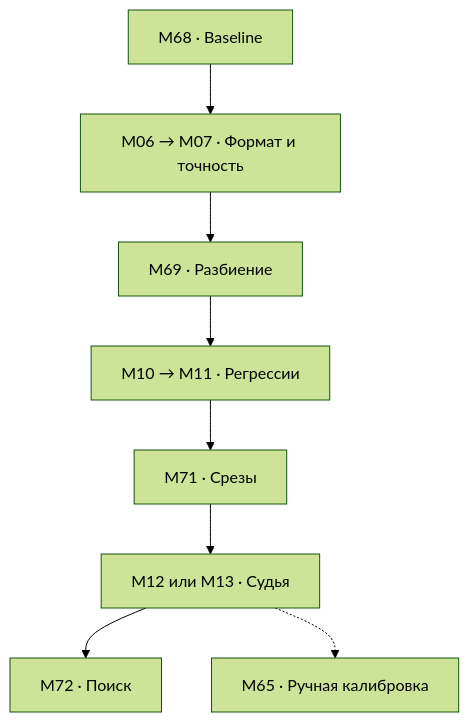
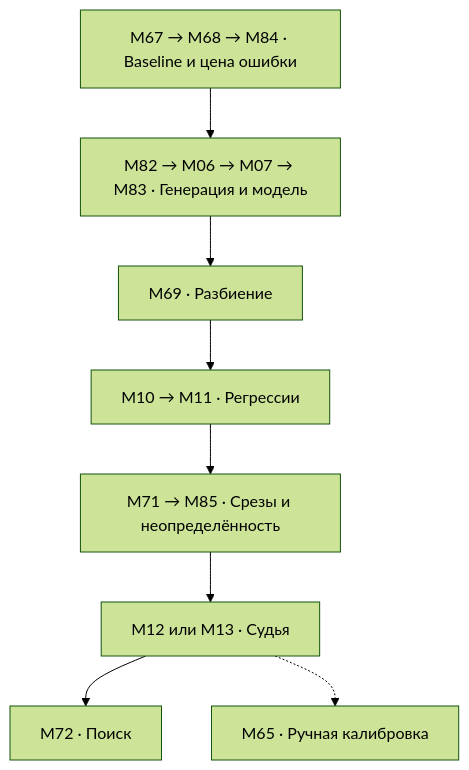
Before and after one commit to 620474/applied-ai-reading: the diagram in foundation.md, drawn with Mermaid (forest theme). The commit also changed other lines of this file and 6 other files, not shown here.

Commit message:
Expand Applied AI roadmap: fundamentals, eval statistics, context and production

````diff
--- a/foundation.md
+++ b/foundation.md
@@ -5,8 +5,8 @@
 ```mermaid
 flowchart TD
-A["M68 · Baseline"] --> B["M06 → M07 · Формат и точность"]
+A["M67 → M68 → M84 · Baseline и цена ошибки"] --> B["M82 → M06 → M07 → M83 · Генерация и модель"]
 B --> C["M69 · Разбиение"] --> D["M10 → M11 · Регрессии"]
-D --> E["M71 · Срезы"] --> F["M12 или M13 · Судья"]
+D --> E["M71 → M85 · Срезы и неопределённость"] --> F["M12 или M13 · Судья"]
 F --> G["M72 · Поиск"]
 F -.-> H["M65 · Ручная калибровка"]
 ```
````
